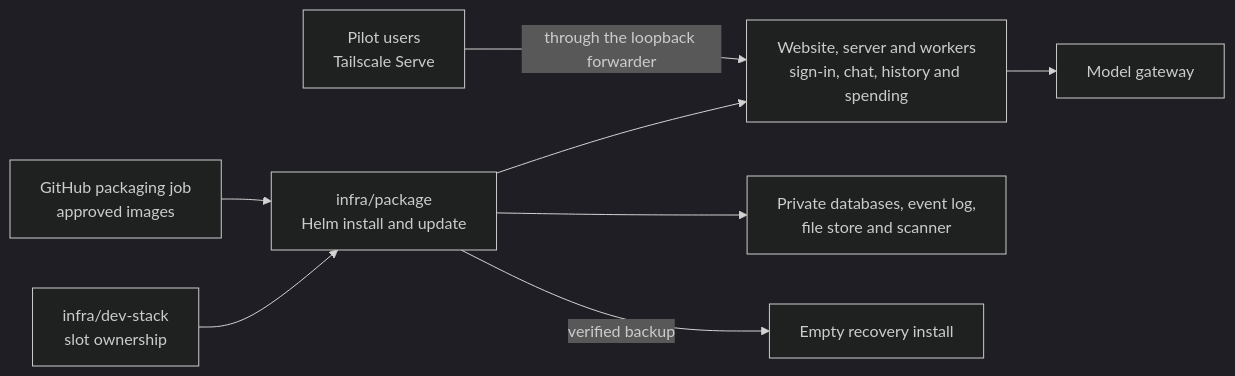
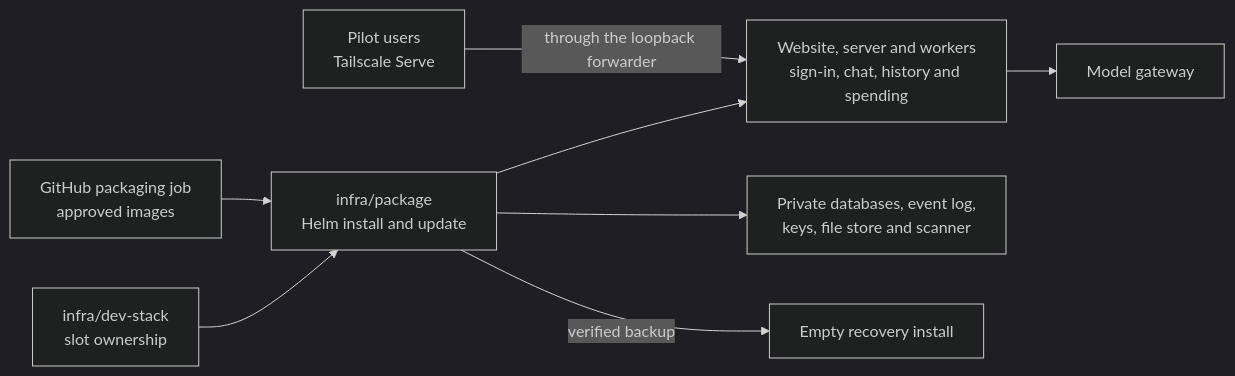
One commit to elewa-git/opencrane-new changed the diagram in infra/package/README.md. Above: the diagram before and after it, drawn with Mermaid (dark theme). The commit also changed other lines of this file and 144 other files, not shown here.

````diff
--- a/infra/package/README.md
+++ b/infra/package/README.md
@@ -19,10 +19,10 @@
 ```mermaid
 flowchart LR
   stack["infra/dev-stack<br/>slot ownership"] --> package["infra/package<br/>Helm install and update"]
   ci["GitHub packaging job<br/>approved images"] --> package
   package --> apps["Website, server and workers<br/>sign-in, chat, history and spending"]
   tailnet["Pilot users<br/>Tailscale Serve"] -->|through the loopback forwarder| apps
-  package --> services["Private databases, event log,<br/>file store and scanner"]
+  package --> services["Private databases, event log,<br/>keys, file store and scanner"]
   apps --> models["Model gateway"]
   package -->|verified backup| recovery["Empty recovery install"]
 ```
````
